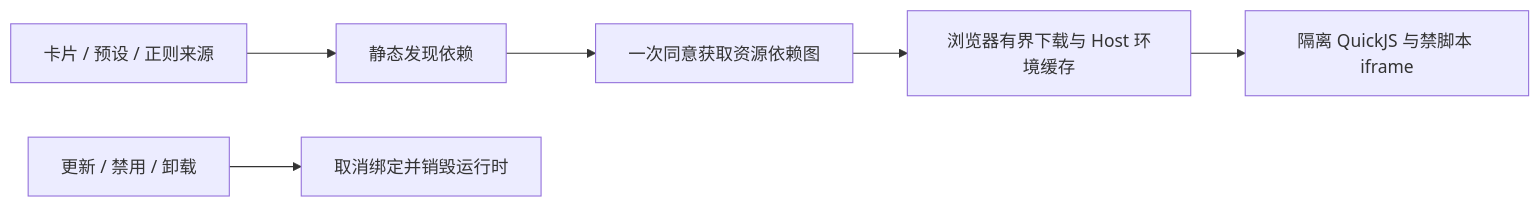
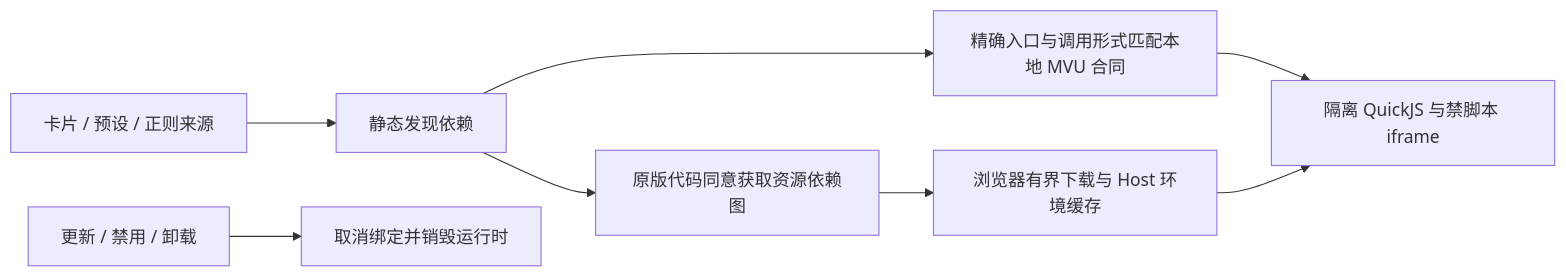
The third of 3 diagrams in docs/CONVERSATION_PRESENTATION.md (Player-MINEPIG/dsh-tavern), drawn with Mermaid before and after one commit. The commit also changed other lines of this file and 23 other files, not shown here.

````diff
--- a/docs/CONVERSATION_PRESENTATION.md
+++ b/docs/CONVERSATION_PRESENTATION.md
@@ -196,8 +196,10 @@
 ```mermaid
 flowchart LR
   A[卡片 / 预设 / 正则来源] --> B[静态发现依赖]
-  B --> C[一次同意获取资源依赖图]
+  B --> L[精确入口与调用形式匹配本地 MVU 合同]
+  L --> E
+  B --> C[原版代码同意获取资源依赖图]
   C --> D[浏览器有界下载与 Host 环境缓存]
   D --> E[隔离 QuickJS 与禁脚本 iframe]
   F[更新 / 禁用 / 卸载] --> G[取消绑定并销毁运行时]
 ```
````
